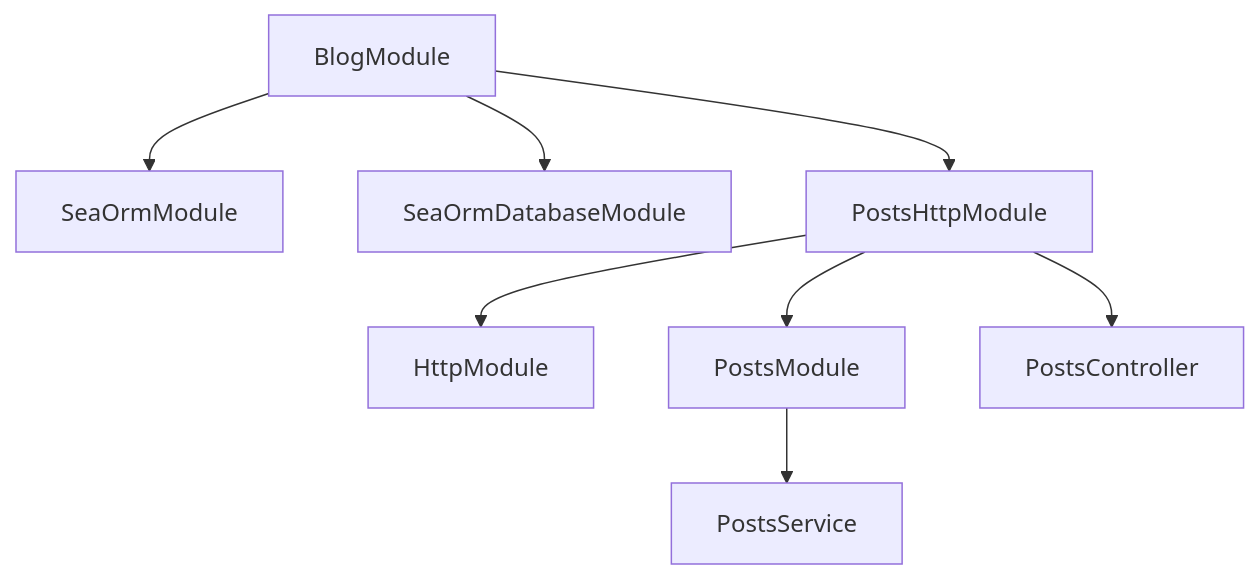
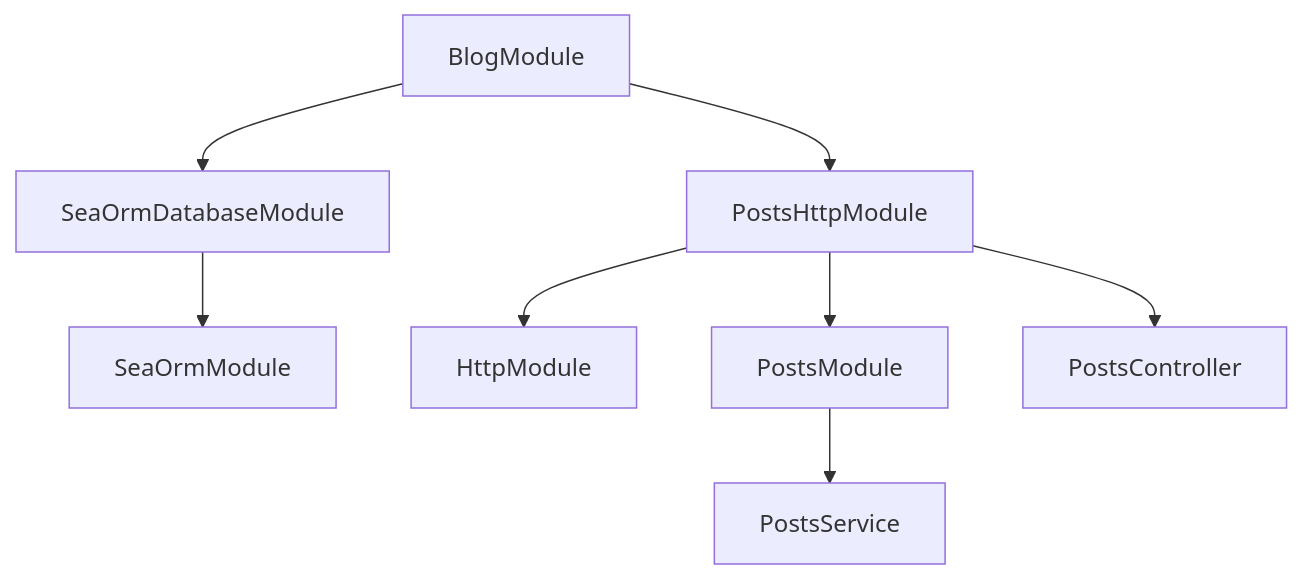
One commit to YV17labs/NestRS changed the third of 4 diagrams in docs/src/content/docs/fundamentals/modules.mdx. Above: the diagram before and after it, drawn with Mermaid. The commit also changed other lines of this file and 32 other files, not shown here.

````diff
--- a/docs/src/content/docs/fundamentals/modules.mdx
+++ b/docs/src/content/docs/fundamentals/modules.mdx
@@ -245,11 +244,11 @@
 ```mermaid
 flowchart TB
   BM[BlogModule]
-  BM --> SM[SeaOrmModule]
   BM --> DM[SeaOrmDatabaseModule]
+  DM --> SM[SeaOrmModule]
   BM --> PHM[PostsHttpModule]
   PHM --> HM[HttpModule]
   PHM --> PM[PostsModule]
   PM --> PS[PostsService]
   PHM --> PC[PostsController]
 ```
````
